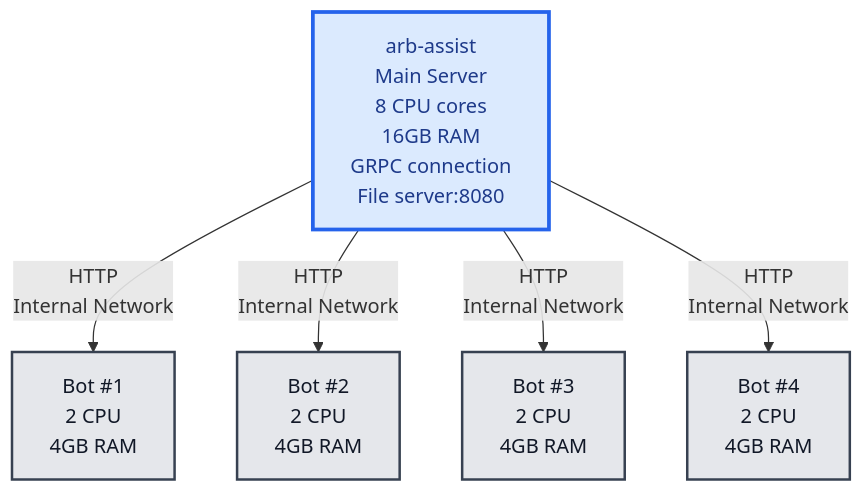
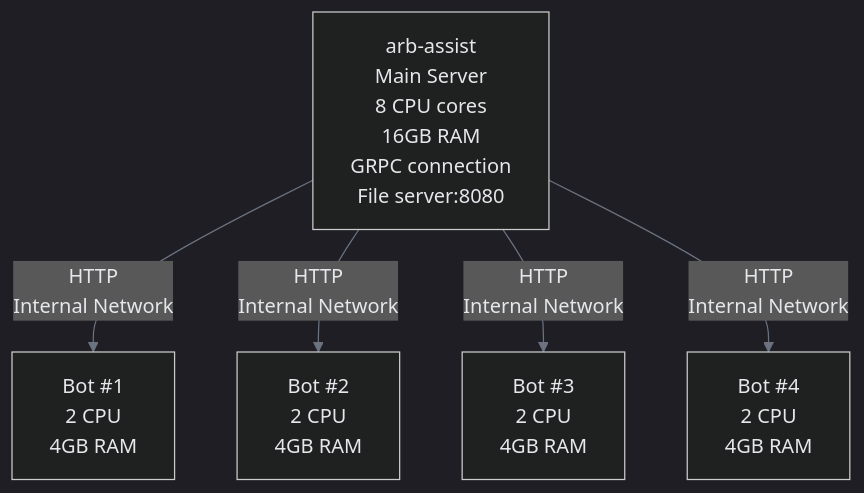
One commit to capicua4454/arb-assist changed the diagram in docs/advanced-features/file-server.md. Above: the diagram before and after it, drawn with Mermaid. The commit also changed 2 other files, not shown here.

Commit message:
Fix Mermaid dark mode with proper GitBook syntax
- Used %%{ init: ... }%% directive as recommended by GitBook
- Set theme to 'dark' with dark background (#1e1e1e)
- Configured all text and line colors to be light for visibility
- This should finally fix the white background issue in dark mode

````diff
--- a/docs/advanced-features/file-server.md
+++ b/docs/advanced-features/file-server.md
@@ -215,14 +215,9 @@
 ```mermaid
+%%{ init: { 'theme': 'dark', 'themeVariables': { 'background': '#1e1e1e', 'primaryColor': '#374151', 'primaryTextColor': '#e5e7eb', 'primaryBorderColor': '#6b7280', 'lineColor': '#6b7280', 'secondaryColor': '#1f2937', 'tertiaryColor': '#111827', 'textColor': '#e5e7eb' } } }%%
 graph TD
     A[arb-assist<br/>Main Server<br/>8 CPU cores<br/>16GB RAM<br/>GRPC connection<br/>File server:8080]
     A -->|HTTP<br/>Internal Network| B[Bot #1<br/>2 CPU<br/>4GB RAM]
     A -->|HTTP<br/>Internal Network| C[Bot #2<br/>2 CPU<br/>4GB RAM]
     A -->|HTTP<br/>Internal Network| D[Bot #3<br/>2 CPU<br/>4GB RAM]
     A -->|HTTP<br/>Internal Network| E[Bot #4<br/>2 CPU<br/>4GB RAM]
-    
-    classDef server fill:#dbeafe,stroke:#2563eb,stroke-width:3px,color:#1e3a8a
-    classDef bot fill:#e5e7eb,stroke:#374151,stroke-width:2px,color:#111827
-    
-    class A server
-    class B,C,D,E bot
 ```
````
